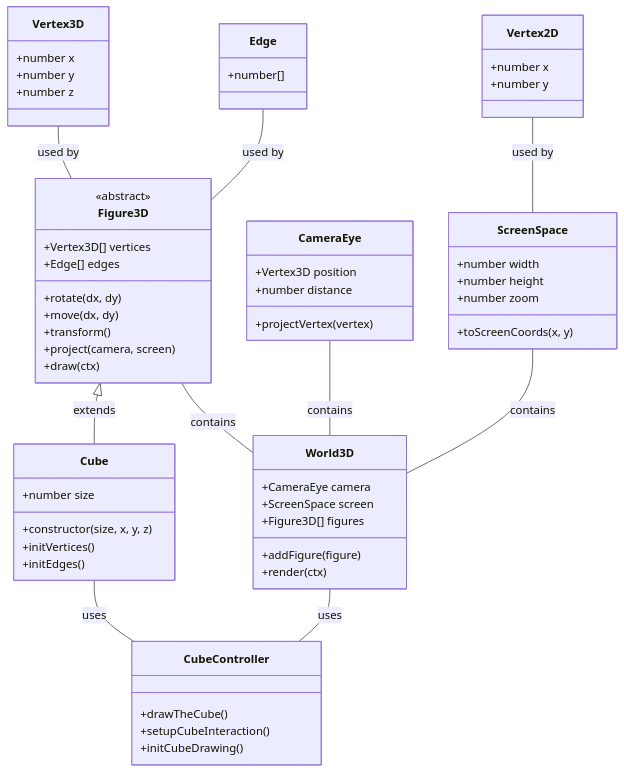
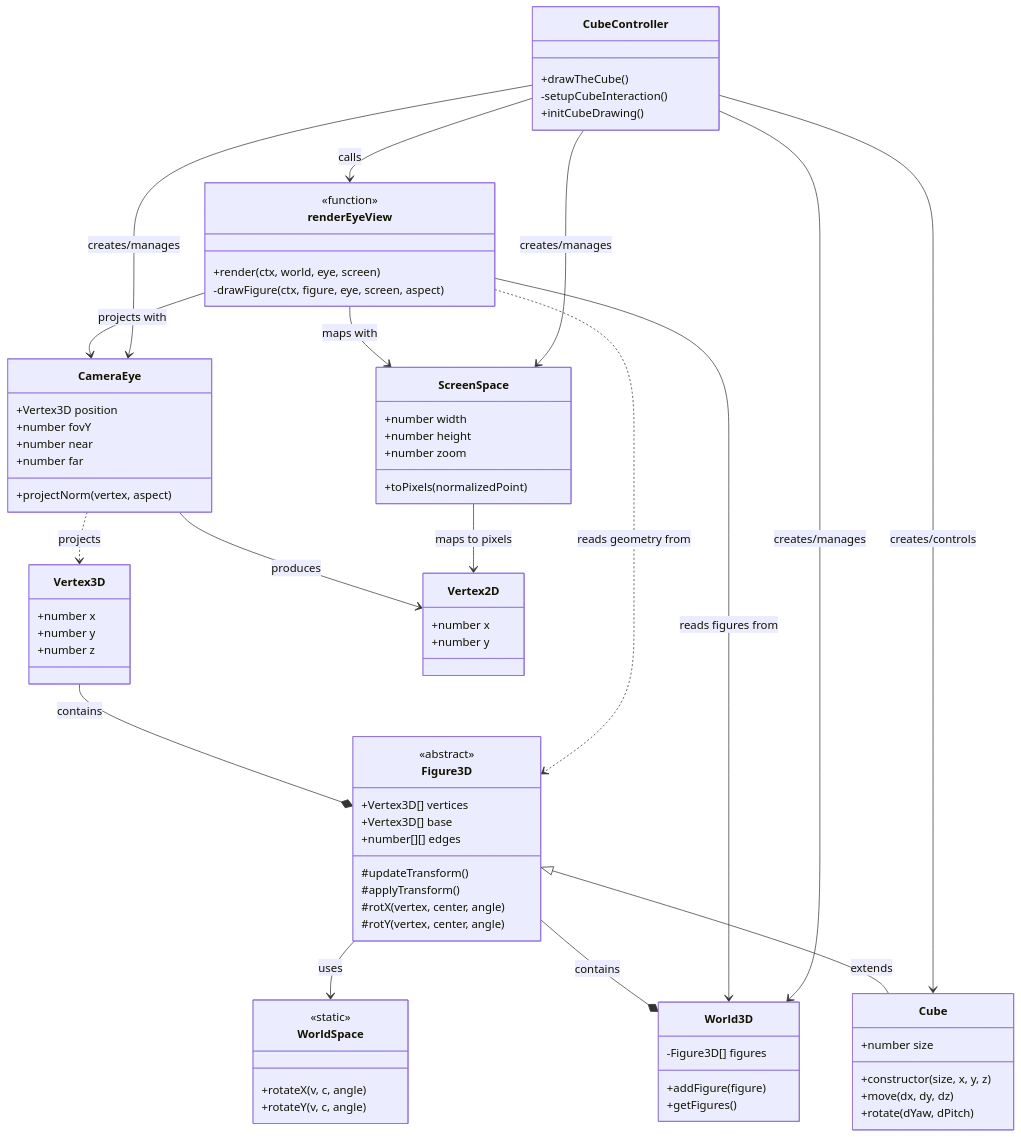
The diagram in README.md (starodubtsevconsulting/cube), drawn with Mermaid before and after one commit. The commit also changed other lines of this file and 6 other files, not shown here.

Commit message:
- refactoring: world should not know about the camera; the figures should not know about how to draw themselves too, the figures, the models are more like data than renderers.

````diff
--- a/README.md
+++ b/README.md
@@ -77,62 +78,80 @@
         +number y
     }
     
-    class Edge {
-        +number[]
-    }
-    
     class Figure3D {
         <<abstract>>
         +Vertex3D[] vertices
-        +Edge[] edges
-        +rotate(dx, dy)
-        +move(dx, dy)
-        +transform()
-        +project(camera, screen)
-        +draw(ctx)
+        +Vertex3D[] base
+        +number[][] edges
+        #updateTransform()
+        #applyTransform()
+        #rotX(vertex, center, angle)
+        #rotY(vertex, center, angle)
     }
     
     class Cube {
         +number size
         +constructor(size, x, y, z)
-        +initVertices()
-        +initEdges()
+        +move(dx, dy, dz)
+        +rotate(dYaw, dPitch)
+    }
+    
+    class WorldSpace {
+        <<static>>
+        +rotateX(v, c, angle)
+        +rotateY(v, c, angle)
     }
     
     class CameraEye {
         +Vertex3D position
-        +number distance
-        +projectVertex(vertex)
+        +number fovY
+        +number near
+        +number far
+        +projectNorm(vertex, aspect)
     }
     
     class ScreenSpace {
         +number width
         +number height
         +number zoom
-        +toScreenCoords(x, y)
+        +toPixels(normalizedPoint)
     }
     
     class World3D {
-        +CameraEye camera
-        +ScreenSpace screen
-        +Figure3D[] figures
+        -Figure3D[] figures
         +addFigure(figure)
-        +render(ctx)
+        +getFigures()
+    }
+    
+    class renderEyeView {
+        <<function>>
+        +render(ctx, world, eye, screen)
+        -drawFigure(ctx, figure, eye, screen, aspect)
     }
     
     class CubeController {
         +drawTheCube()
-        +setupCubeInteraction()
+        -setupCubeInteraction()
         +initCubeDrawing()
     }
 
-    Vertex3D -- Figure3D: used by
-    Edge -- Figure3D: used by
+    Vertex3D --* Figure3D: contains
     Figure3D <|-- Cube: extends
-    Figure3D -- World3D: contains
-    CameraEye -- World3D: contains
-    ScreenSpace -- World3D: contains
-    Vertex2D -- ScreenSpace: used by
-    World3D -- CubeController: uses
-    Cube -- CubeController: uses
+    Figure3D --* World3D: contains
+    Figure3D --> WorldSpace: uses
+    
+    renderEyeView --> World3D: reads figures from
+    renderEyeView --> CameraEye: projects with
+    renderEyeView --> ScreenSpace: maps with
+    renderEyeView ..> Figure3D: reads geometry from
+    
+    CameraEye ..> Vertex3D: projects
+    CameraEye --> Vertex2D: produces
+    ScreenSpace --> Vertex2D: maps to pixels
+    
+    CubeController --> World3D: creates/manages
+    CubeController --> Cube: creates/controls
+    CubeController --> renderEyeView: calls
+    CubeController --> CameraEye: creates/manages
+    CubeController --> ScreenSpace: creates/manages
 ```
````
